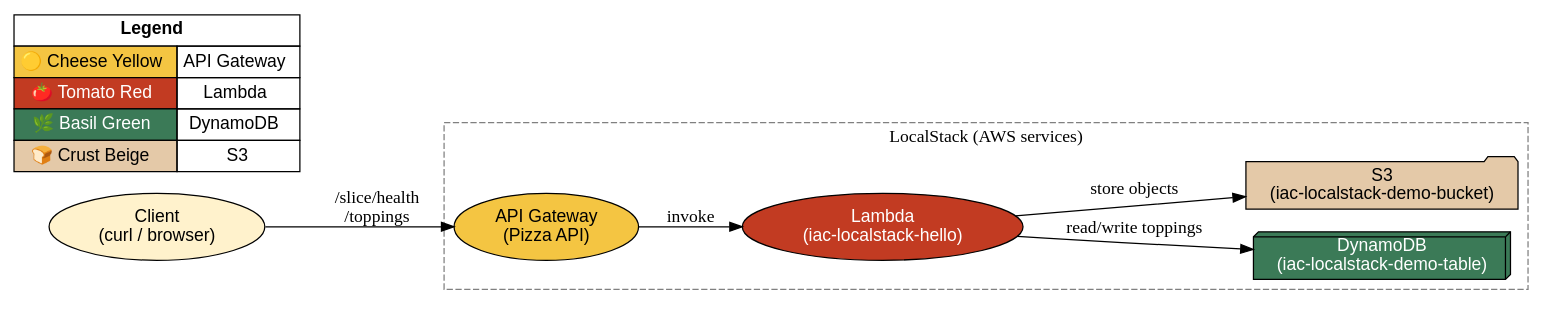
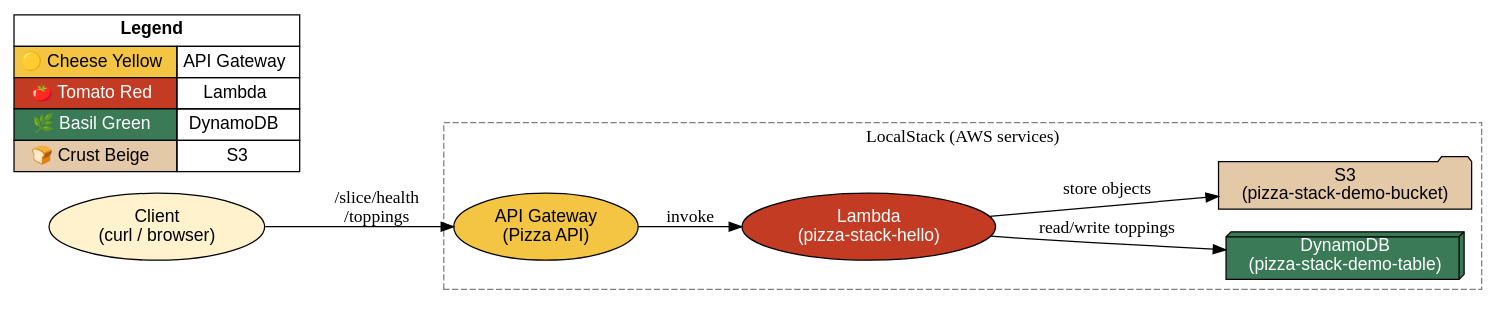
Before and after one commit to dj-3dub/pizza-stack: the diagram in docs/architecture.dot, drawn with Graphviz. The commit also changed 1 other file, not shown here.

Commit message:
Update README with Pizza Stack architecture diagram (SVG + Graphviz source)

```diff
--- a/docs/architecture.dot
+++ b/docs/architecture.dot
@@ -1,33 +1,32 @@
 digraph pizza_stack {
     rankdir=LR;
     node [shape=box, style=rounded, fontname="Helvetica"];
 
     subgraph cluster_localstack {
         label="LocalStack (AWS services)";
         style=dashed;
         color=gray;
 
         apigw   [label="API Gateway\n(Pizza API)", shape=ellipse, style=filled, fillcolor="#f4c542", fontcolor="black"];
-        lambda  [label="Lambda\n(iac-localstack-hello)", shape=ellipse, style=filled, fillcolor="#c23b22", fontcolor="white"];
-        ddb     [label="DynamoDB\n(iac-localstack-demo-table)", shape=box3d, style=filled, fillcolor="#3b7a57", fontcolor="white"];
-        s3      [label="S3\n(iac-localstack-demo-bucket)", shape=folder, style=filled, fillcolor="#e4c9a8", fontcolor="black"];
+        lambda  [label="Lambda\n(pizza-stack-hello)", shape=ellipse, style=filled, fillcolor="#c23b22", fontcolor="white"];
+        ddb     [label="DynamoDB\n(pizza-stack-demo-table)", shape=box3d, style=filled, fillcolor="#3b7a57", fontcolor="white"];
+        s3      [label="S3\n(pizza-stack-demo-bucket)", shape=folder, style=filled, fillcolor="#e4c9a8", fontcolor="black"];
     }
 
     user [label="Client\n(curl / browser)", shape=oval, style=filled, fillcolor="#fff2cc", fontcolor="black"];
 
     user -> apigw [label="/slice/health\n/toppings"];
     apigw -> lambda [label="invoke"];
     lambda -> ddb   [label="read/write toppings"];
     lambda -> s3    [label="store objects"];
 
-    # Legend
     legend [shape=none, margin=0, label=<
         <TABLE BORDER="0" CELLBORDER="1" CELLSPACING="0" CELLPADDING="4">
             <TR><TD COLSPAN="2"><B>Legend</B></TD></TR>
             <TR><TD BGCOLOR="#f4c542">🟡 Cheese Yellow</TD><TD>API Gateway</TD></TR>
             <TR><TD BGCOLOR="#c23b22"><FONT COLOR="white">🍅 Tomato Red</FONT></TD><TD>Lambda</TD></TR>
             <TR><TD BGCOLOR="#3b7a57"><FONT COLOR="white">🌿 Basil Green</FONT></TD><TD>DynamoDB</TD></TR>
             <TR><TD BGCOLOR="#e4c9a8">🍞 Crust Beige</TD><TD>S3</TD></TR>
         </TABLE>
     >];
 }
```
